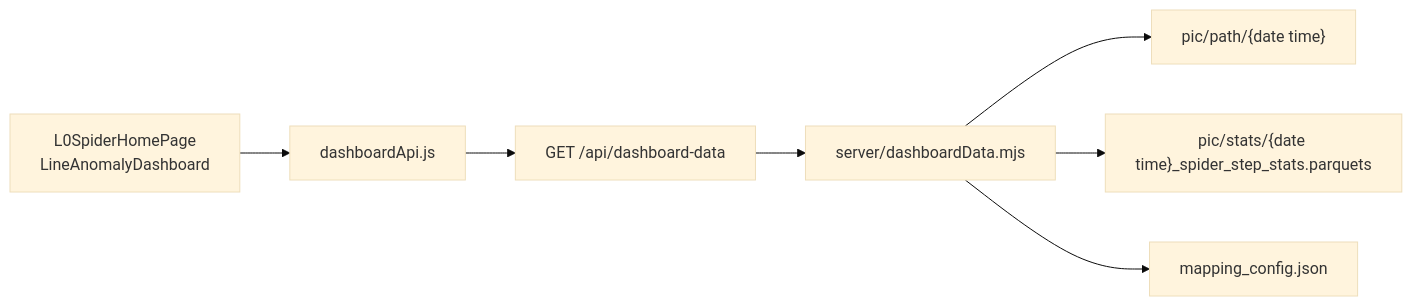
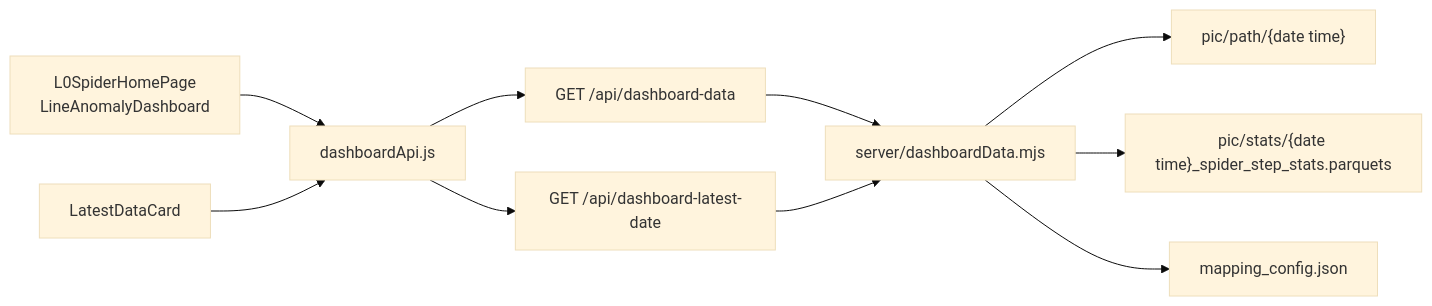
The fourth of 12 diagrams in web_structure.md (mlbarod/l0_spider_scs), drawn with Mermaid (base theme) before and after one commit. The commit also changed other lines of this file and 27 other files, not shown here.

````diff
--- a/web_structure.md
+++ b/web_structure.md
@@ -269,15 +270,18 @@
 ```mermaid
 flowchart LR
     HOME["L0SpiderHomePage<br/>LineAnomalyDashboard"]
+    LATEST["LatestDataCard"]
     FEAPI["dashboardApi.js"]
     HTTP["GET /api/dashboard-data"]
+    LATESTHTTP["GET /api/dashboard-latest-date"]
     NODE["server/dashboardData.mjs"]
     DETAIL["pic/path/{date time}"]
     STATS["pic/stats/{date time}_spider_step_stats.parquets"]
     MAP["mapping_config.json"]
 
     HOME --> FEAPI --> HTTP --> NODE
+    LATEST --> FEAPI --> LATESTHTTP --> NODE
     NODE --> DETAIL
     NODE --> STATS
     NODE --> MAP
 ```
````
